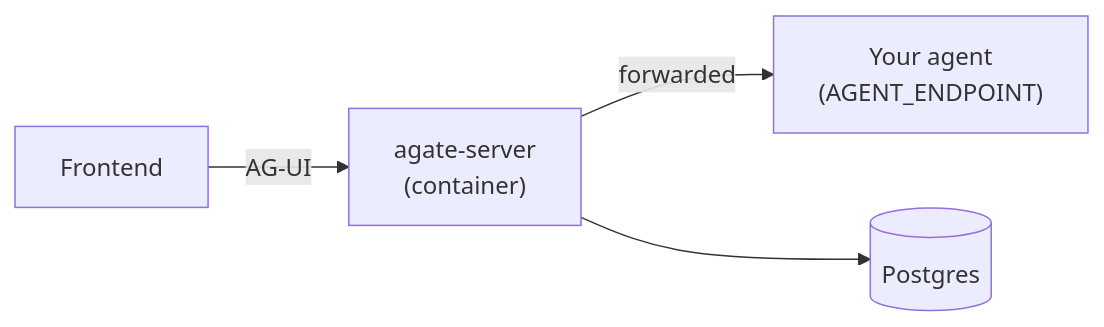
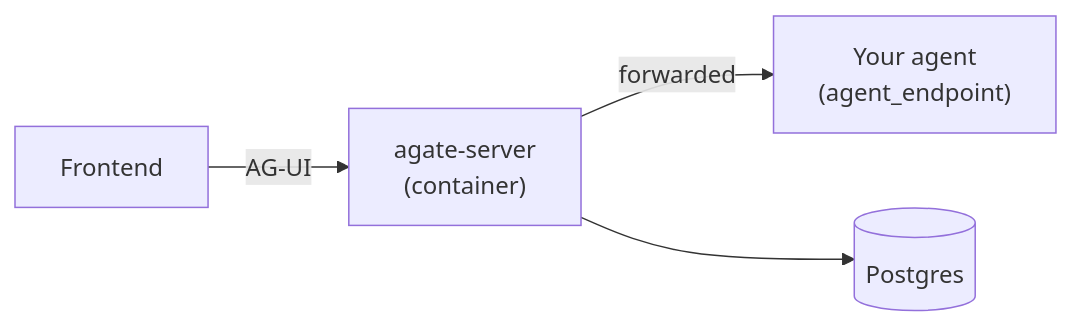
The diagram in docs/en/getting-started/index.md (C3EQUALZz/agate), drawn with Mermaid before and after one commit. The commit also changed 12 other files, not shown here.

````diff
--- a/docs/en/getting-started/index.md
+++ b/docs/en/getting-started/index.md
@@ -7,6 +7,6 @@
 ```mermaid
 flowchart LR
     fe["Frontend"] -->|AG-UI| agate["agate-server<br/>(container)"]
-    agate -->|forwarded| agent["Your agent<br/>(AGENT_ENDPOINT)"]
+    agate -->|forwarded| agent["Your agent<br/>(agent_endpoint)"]
     agate --> pg[("Postgres")]
 ```
````
